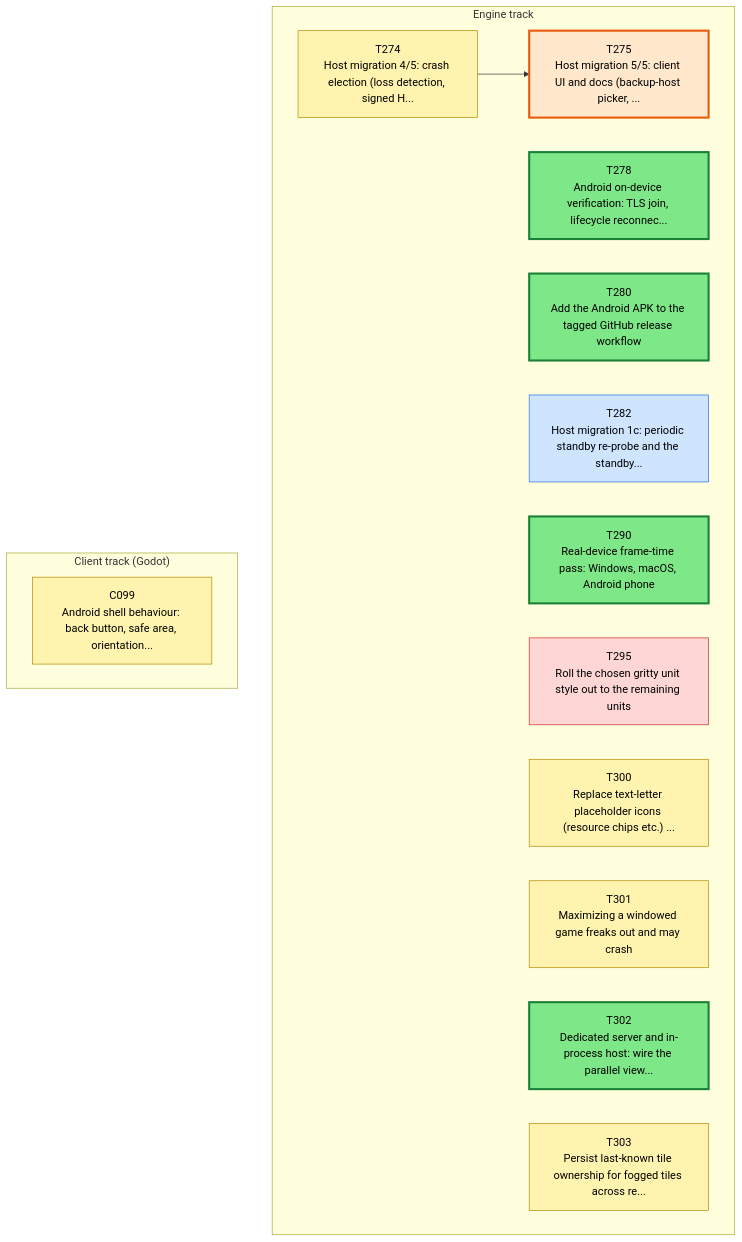
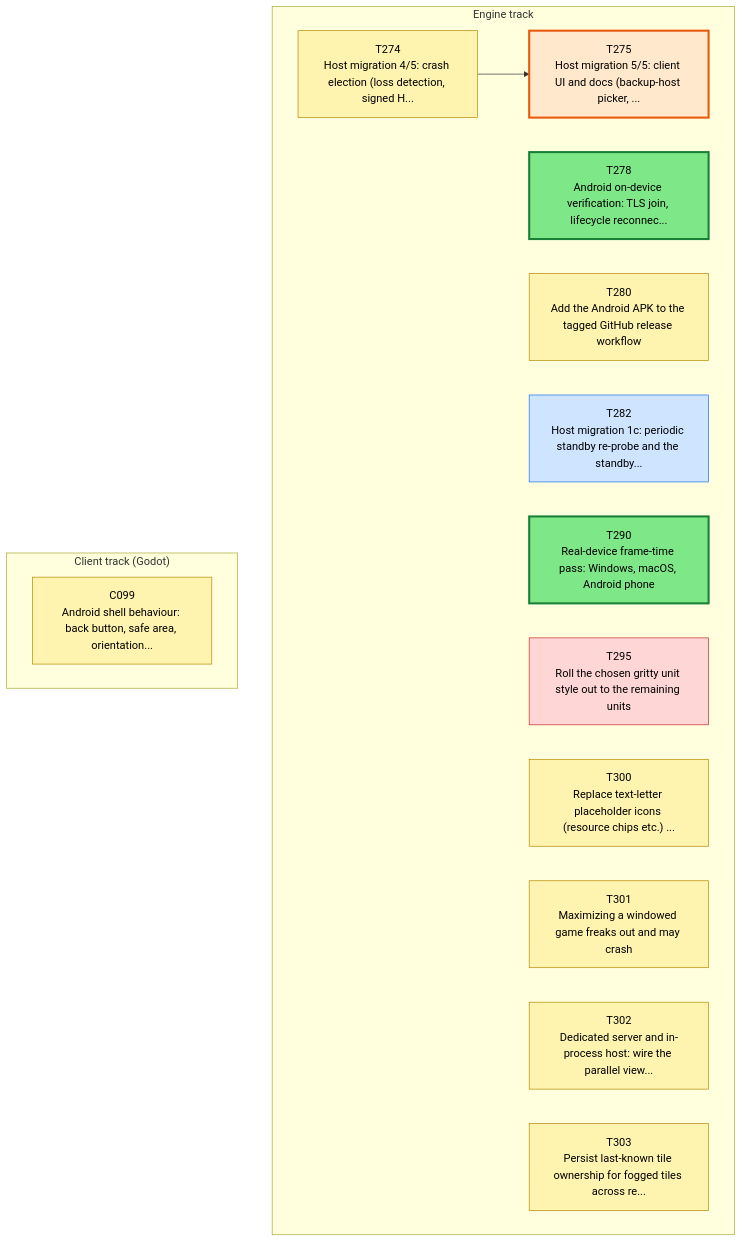
The first of 3 diagrams in csharp/migration/DEPENDENCY_MAP.md (Kenmura/Unciv), drawn with Mermaid before and after one commit. The commit also changed other lines of this file and 1 other file, not shown here.

````diff
--- a/csharp/migration/DEPENDENCY_MAP.md
+++ b/csharp/migration/DEPENDENCY_MAP.md
@@ -35,39 +35,39 @@
 ```mermaid
 flowchart TD
   subgraph TTRACK["Engine track"]
     T274["T274<br/>Host migration 4/5: crash election (loss detection, signed H..."]
     T275["T275<br/>Host migration 5/5: client UI and docs (backup-host picker, ..."]
     T278["T278<br/>Android on-device verification: TLS join, lifecycle reconnec..."]
     T280["T280<br/>Add the Android APK to the tagged GitHub release workflow"]
     T282["T282<br/>Host migration 1c: periodic standby re-probe and the standby..."]
     T290["T290<br/>Real-device frame-time pass: Windows, macOS, Android phone"]
     T295["T295<br/>Roll the chosen gritty unit style out to the remaining units"]
     T300["T300<br/>Replace text-letter placeholder icons (resource chips etc.) ..."]
     T301["T301<br/>Maximizing a windowed game freaks out and may crash"]
     T302["T302<br/>Dedicated server and in-process host: wire the parallel view..."]
     T303["T303<br/>Persist last-known tile ownership for fogged tiles across re..."]
   end
   subgraph CTRACK["Client track (Godot)"]
     C099["C099<br/>Android shell behaviour: back button, safe area, orientation..."]
   end
   T274 --> T275
   classDef waiting fill:#f3faf3,stroke:#9bc49b,color:#555,stroke-dasharray:2 2
   classDef ondeck fill:#ffe8cc,stroke:#e8590c,stroke-width:3px,color:#000
   classDef ready fill:#7ee787,stroke:#1a7f37,stroke-width:3px,color:#000
   classDef prog fill:#fff3b0,stroke:#b58900,color:#000
   classDef review fill:#cfe4ff,stroke:#1f6feb,color:#000
   classDef blocked fill:#ffd6d6,stroke:#c62828,color:#000
   classDef done fill:#eeeeee,stroke:#999999,color:#666,stroke-dasharray:4 3
   class C099 prog
   class T274 prog
   class T275 ondeck
   class T278 ready
-  class T280 ready
+  class T280 prog
   class T282 review
   class T290 ready
   class T295 blocked
   class T300 prog
   class T301 prog
-  class T302 ready
+  class T302 prog
   class T303 prog
 ```
````
